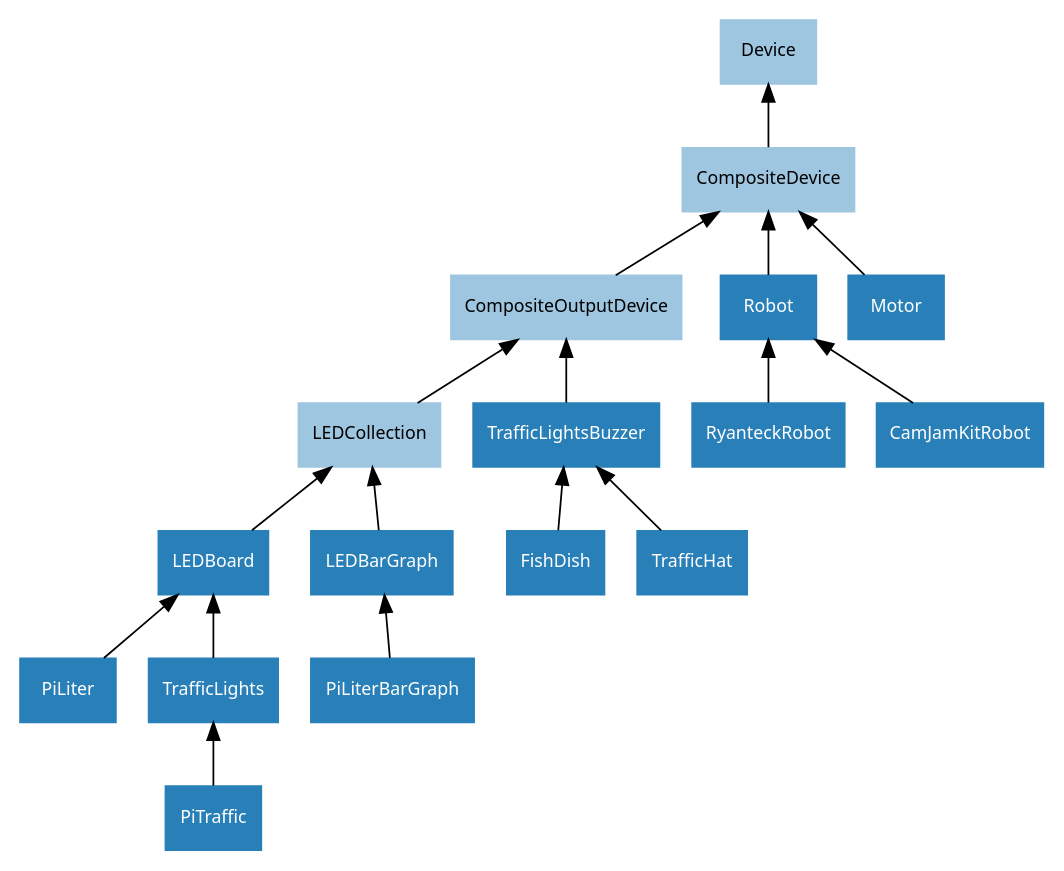
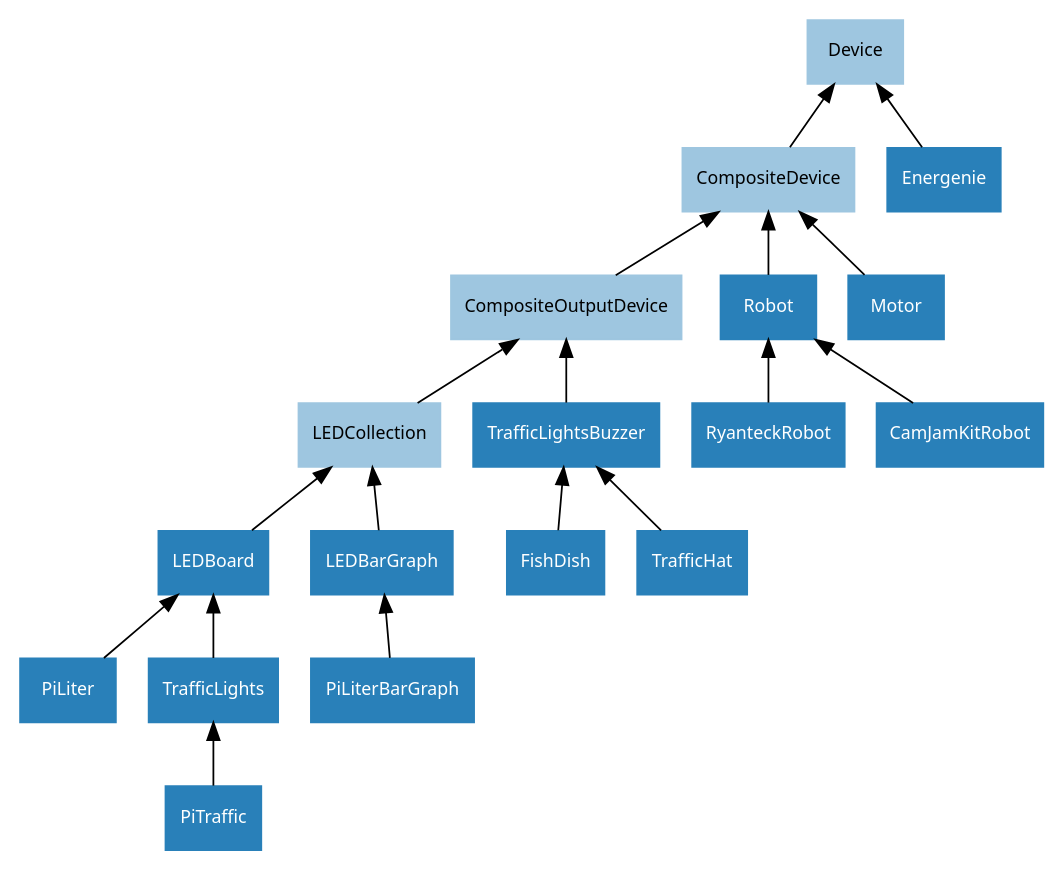
One commit to gpiozero/gpiozero changed the diagram in docs/images/composite_device_hierarchy.dot. Above: the diagram before and after it, drawn with Graphviz. The commit also changed 37 other files, not shown here.

```diff
--- a/docs/images/composite_device_hierarchy.dot
+++ b/docs/images/composite_device_hierarchy.dot
@@ -1,36 +1,36 @@
 /* vim: set et sw=4 sts=4: */
 
 digraph classes {
     graph [rankdir=BT];
     node [shape=rect, style=filled, fontname=Sans, fontsize=10];
     edge [];
 
     /* Abstract classes */
     node [color="#9ec6e0", fontcolor="#000000"]
     Device;
     CompositeDevice;
     CompositeOutputDevice;
     LEDCollection;
 
     /* Concrete classes */
     node [color="#2980b9", fontcolor="#ffffff"];
     CompositeDevice->Device;
     CompositeOutputDevice->CompositeDevice;
     LEDCollection->CompositeOutputDevice;
 
     LEDBoard->LEDCollection;
     LEDBarGraph->LEDCollection;
 
     PiLiter->LEDBoard;
     PiLiterBarGraph->LEDBarGraph;
     TrafficLights->LEDBoard;
     PiTraffic->TrafficLights;
     TrafficLightsBuzzer->CompositeOutputDevice;
     FishDish->TrafficLightsBuzzer;
     TrafficHat->TrafficLightsBuzzer;
     Robot->CompositeDevice;
     RyanteckRobot->Robot;
     CamJamKitRobot->Robot;
-
     Motor->CompositeDevice;
+    Energenie->Device;
 }
```
